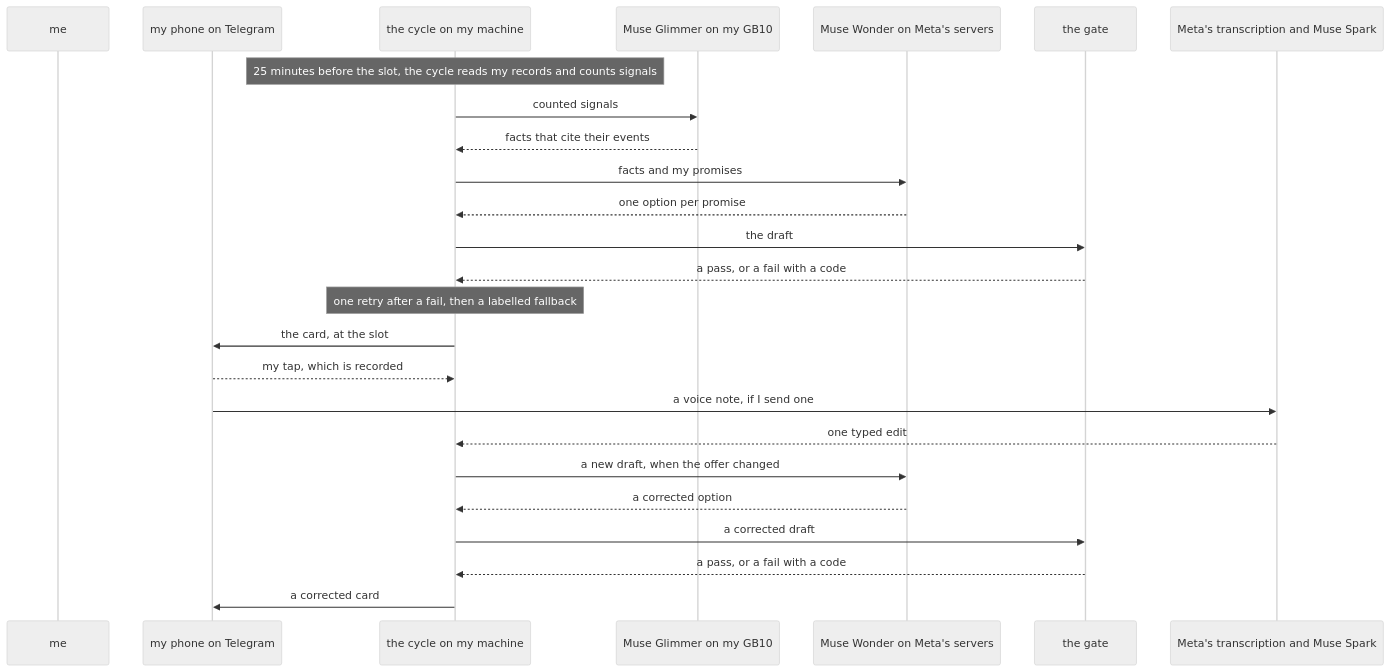
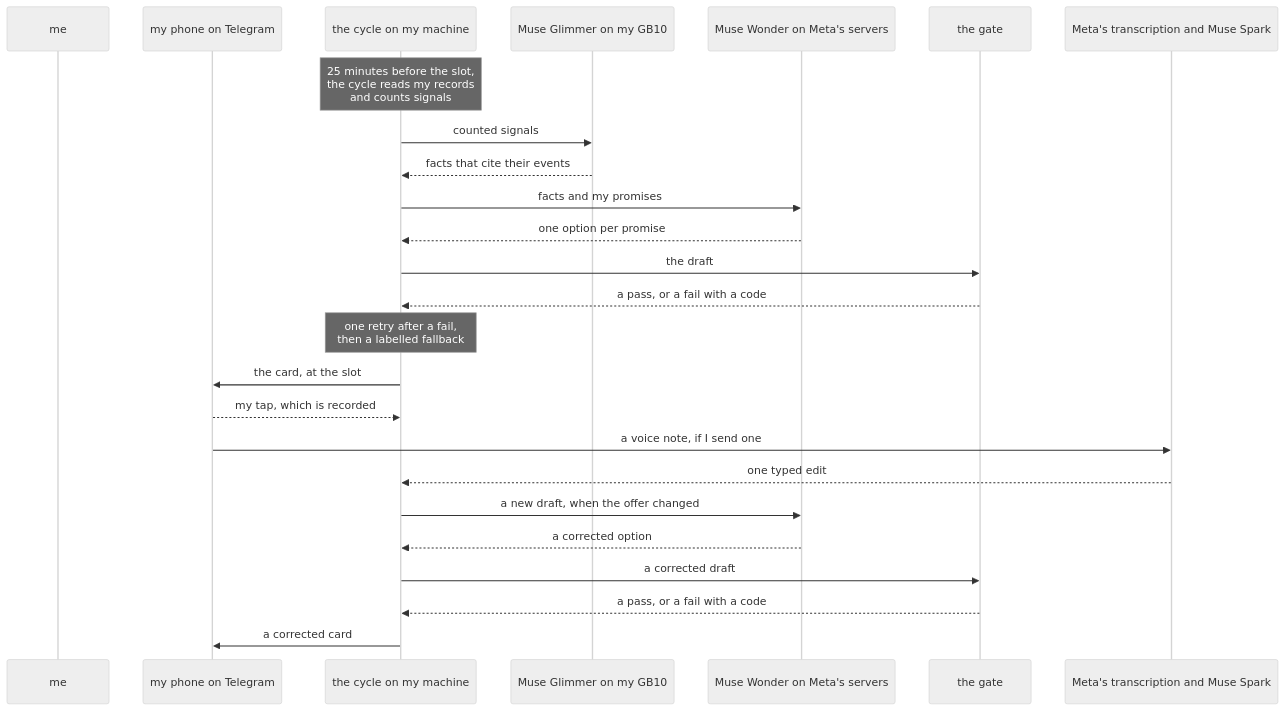
The third of 3 diagrams in README.md (macayaven/ikigai-loop), drawn with Mermaid (neutral theme) before and after one commit. The commit also changed other lines of this file and 1 other file, not shown here.

Commit message:
Docs 12: line breaks in the diagram labels, so no browser cuts them off

````diff
--- a/README.md
+++ b/README.md
@@ -87,27 +87,27 @@
 ```mermaid
 sequenceDiagram
     participant Me as me
     participant Phone as my phone on Telegram
     participant Cycle as the cycle on my machine
     participant Glimmer as Muse Glimmer on my GB10
     participant Wonder as Muse Wonder on Meta's servers
     participant Gate as the gate
     participant Voice as Meta's transcription and Muse Spark
-    Note over Cycle: 25 minutes before the slot, the cycle reads my records and counts signals
+    Note over Cycle: 25 minutes before the slot,<br/>the cycle reads my records<br/>and counts signals
     Cycle->>Glimmer: counted signals
     Glimmer-->>Cycle: facts that cite their events
     Cycle->>Wonder: facts and my promises
     Wonder-->>Cycle: one option per promise
     Cycle->>Gate: the draft
     Gate-->>Cycle: a pass, or a fail with a code
-    Note over Cycle: one retry after a fail, then a labelled fallback
+    Note over Cycle: one retry after a fail,<br/>then a labelled fallback
     Cycle->>Phone: the card, at the slot
     Phone-->>Cycle: my tap, which is recorded
     Phone->>Voice: a voice note, if I send one
     Voice-->>Cycle: one typed edit
     Cycle->>Wonder: a new draft, when the offer changed
     Wonder-->>Cycle: a corrected option
     Cycle->>Gate: a corrected draft
     Gate-->>Cycle: a pass, or a fail with a code
     Cycle->>Phone: a corrected card
 ```
````
